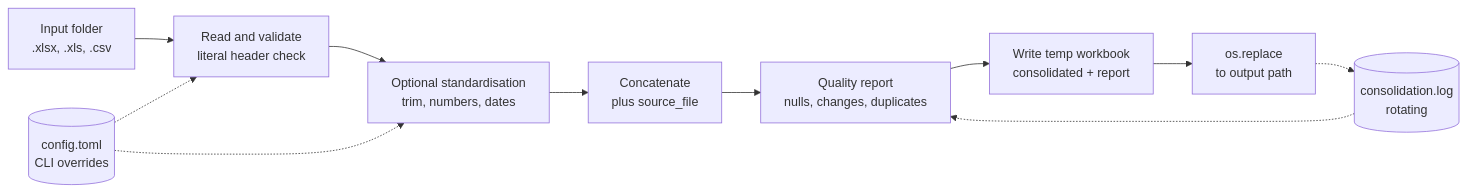
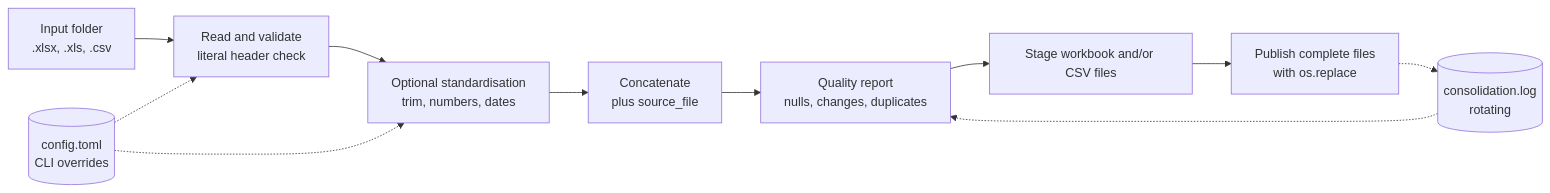
Before and after one commit to rafacorte1/spreadsheet_automation: the diagram in README.md, drawn with Mermaid. The commit also changed other lines of this file and 11 other files, not shown here.

First line of the commit message:
feat(sprint6): CSV data and report exports with a JSON summary

````diff
--- a/README.md
+++ b/README.md
@@ -33,14 +33,14 @@
 ```mermaid
 flowchart LR
     A[Input folder<br/>.xlsx, .xls, .csv] --> B[Read and validate<br/>literal header check]
     B --> C[Optional standardisation<br/>trim, numbers, dates]
     C --> D[Concatenate<br/>plus source_file]
     D --> E[Quality report<br/>nulls, changes, duplicates]
-    E --> F[Write temp workbook<br/>consolidated + report]
-    F --> G[os.replace<br/>to output path]
+    E --> F[Stage workbook and/or CSV files]
+    F --> G[Publish complete files<br/>with os.replace]
 
     CFG[(config.toml<br/>CLI overrides)] -.-> B
     CFG -.-> C
     LOG[(consolidation.log<br/>rotating)] -.-> E
     G -.-> LOG
 ```
````
